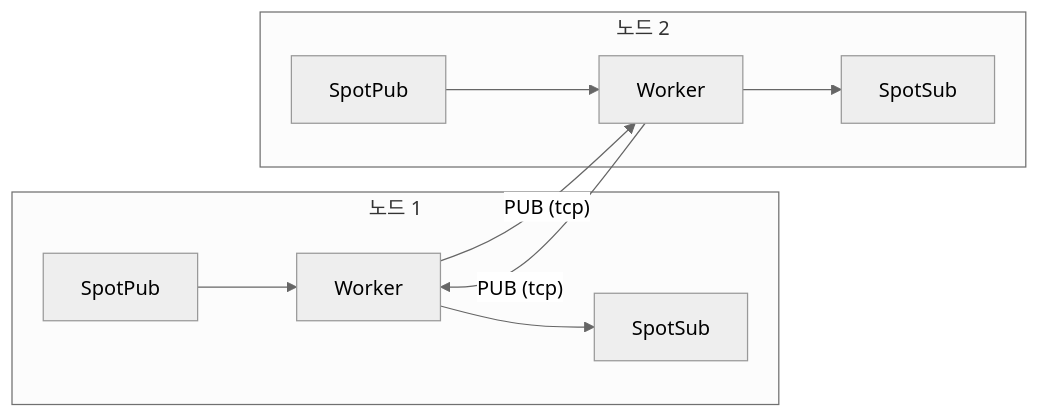
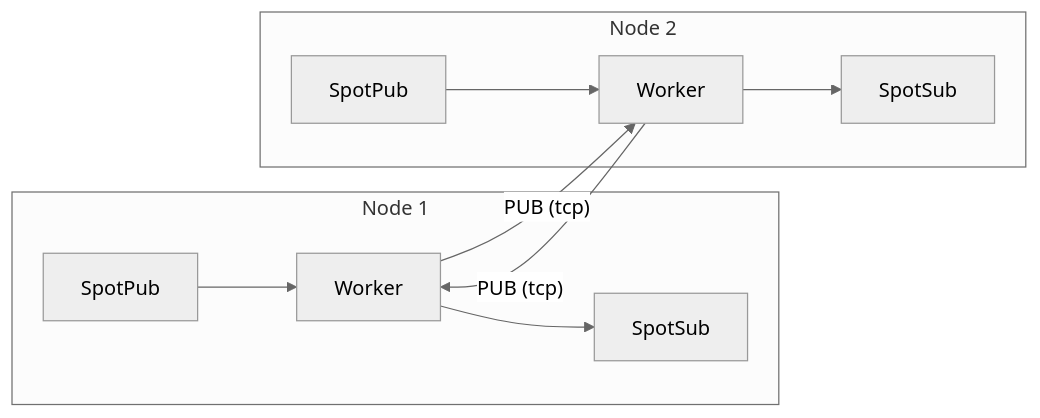
Before and after one commit to kairos-code-dev/zlink: the third of 3 diagrams in doc/guide/07-3-spot.ko.md, drawn with Mermaid (neutral theme). The commit also changed other lines of this file and 53 other files, not shown here.

````diff
--- a/doc/guide/07-3-spot.ko.md
+++ b/doc/guide/07-3-spot.ko.md
@@ -71,11 +71,11 @@
 ```mermaid
 flowchart LR
-    subgraph 노드1["노드 1"]
+    subgraph Node1["Node 1"]
         P1[SpotPub] --> W1[Worker] --> S1[SpotSub]
     end
-    subgraph 노드2["노드 2"]
+    subgraph Node2["Node 2"]
         P2[SpotPub] --> W2[Worker] --> S2[SpotSub]
     end
     W1 -- "PUB (tcp)" --> W2
     W2 -- "PUB (tcp)" --> W1
 ```
````
